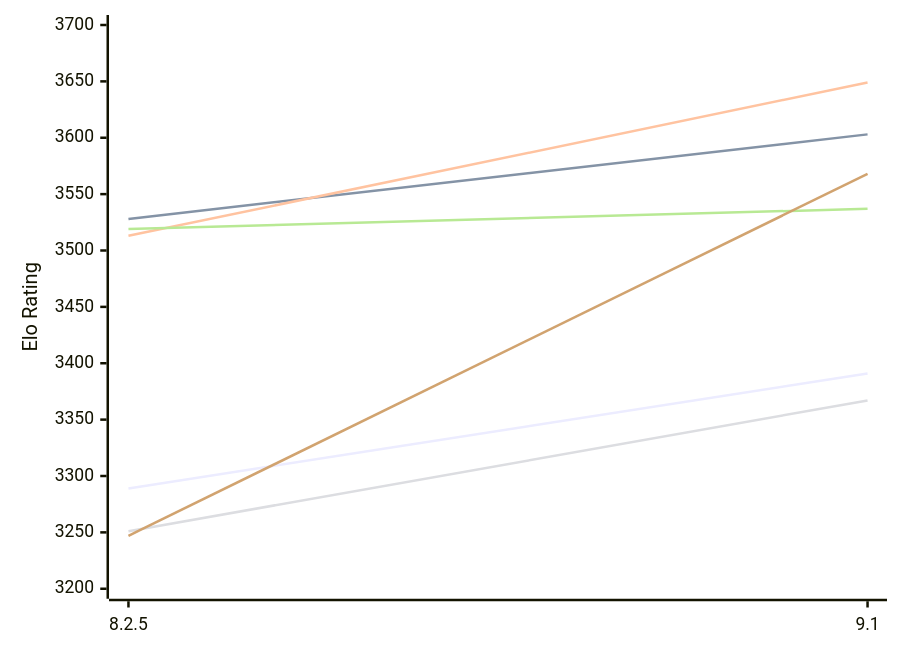
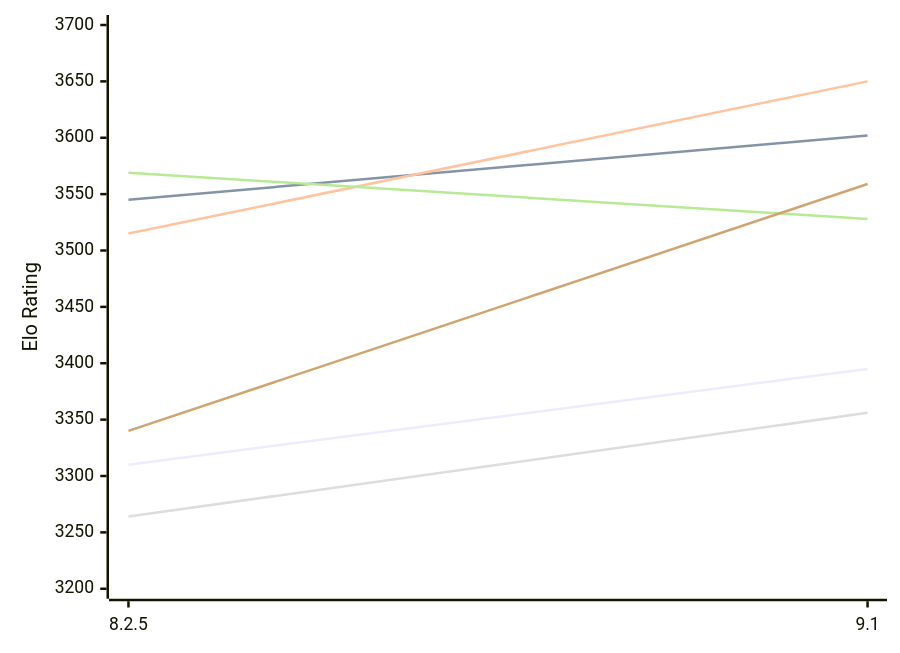
One commit to computer-chess-index/cci changed the first of 2 diagrams in engines/Clover.md. Above: the diagram before and after it, drawn with Mermaid. The commit also changed other lines of this file, not shown here.

Commit message:
Update CCI Ratings (ELO VLTC) - 2026-11-15

````diff
--- a/engines/Clover.md
+++ b/engines/Clover.md
@@ -52,12 +52,12 @@
 ```mermaid
 %%{init: {"theme":"base","themeVariables":{"seriesColors:['#a3a3a3','#222221','#faa371']}}}%%
 xychart-beta
   x-axis ["8.2.5", "9.1"]
   y-axis "Elo Rating" 3200 --> 3700
-  line "E1: STC (8.0+0.08s)" [3289, 3391]
-  line "E1: LTC (60.0+0.60s)" [3528, 3603]
-  line "E1: VLTC (2m24s+1.12s)" [3513, 3649]
-  line "P1: STC (8.0+0.08s)" [3251, 3367]
-  line "P1: LTC (60.0+0.60s)" [3519, 3537]
-  line "P1: VLTC (2m24s+1.12s)" [3247, 3568]
+  line "E1: STC (8.0+0.08s)" [3310, 3395]
+  line "E1: LTC (60.0+0.60s)" [3545, 3602]
+  line "E1: VLTC (2m24s+1.12s)" [3515, 3650]
+  line "P1: STC (8.0+0.08s)" [3264, 3356]
+  line "P1: LTC (60.0+0.60s)" [3569, 3528]
+  line "P1: VLTC (2m24s+1.12s)" [3340, 3559]
 ```
````
